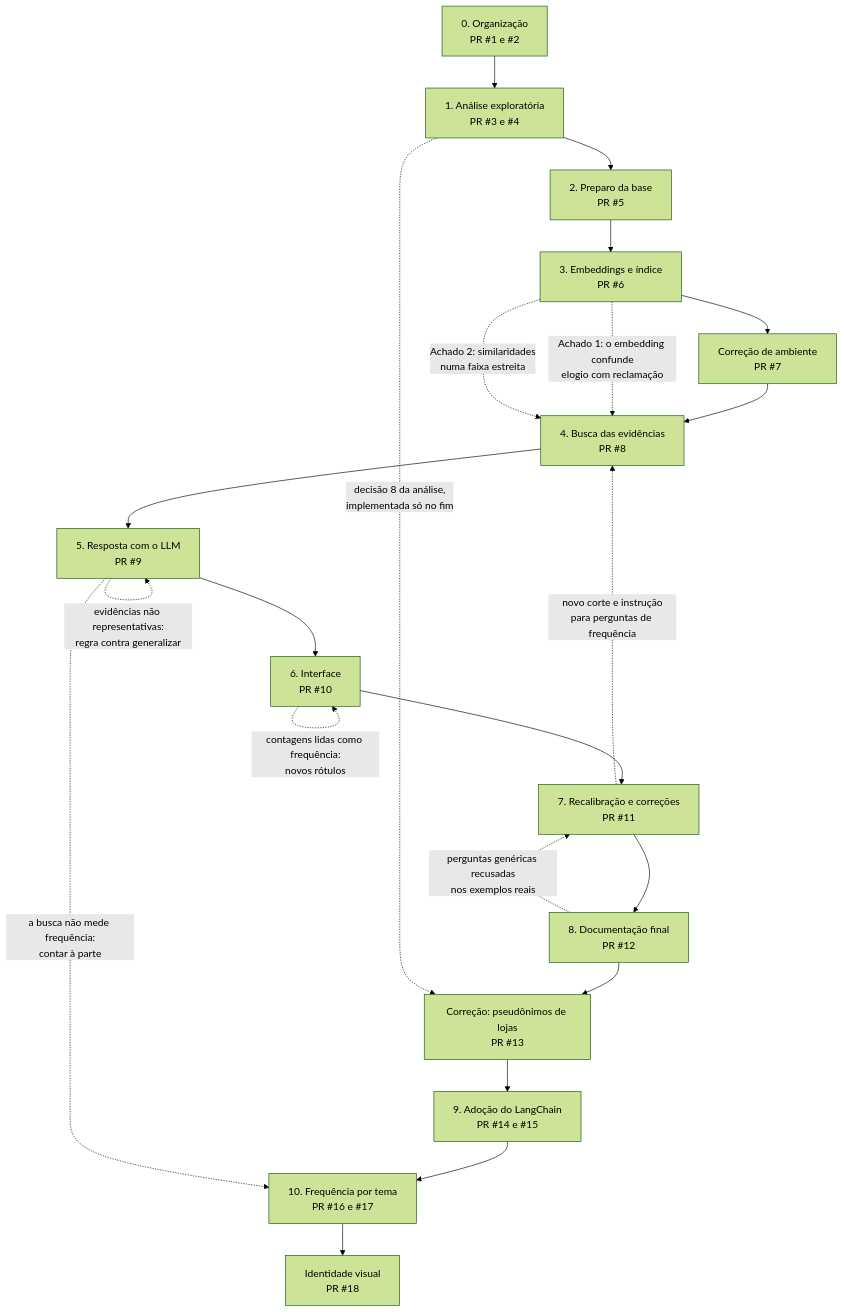
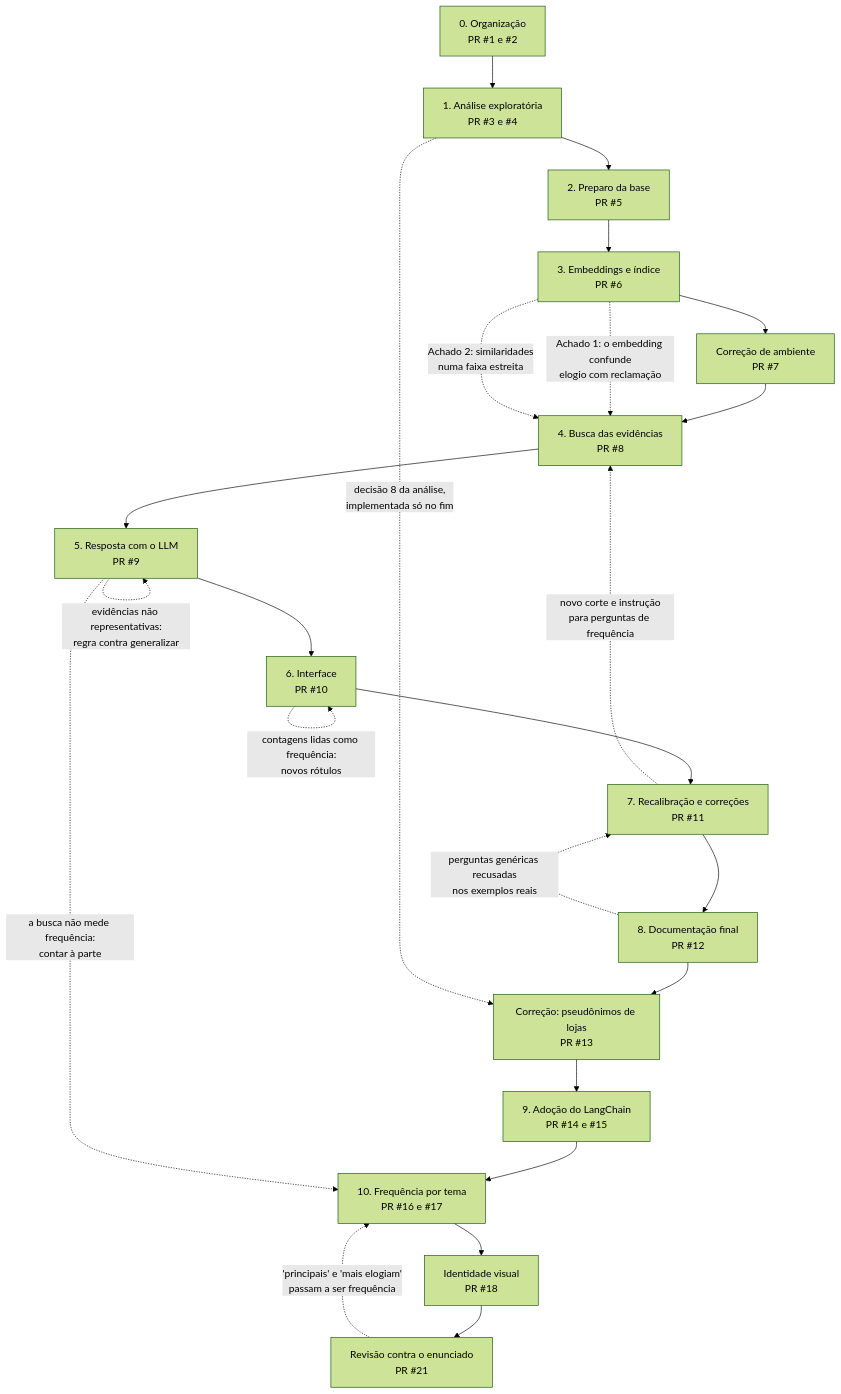
Before and after one commit to Dinaldorc/tech-challenge-fase4: the diagram in docs/processo.md, drawn with Mermaid (forest theme). The commit also changed other lines of this file and 6 other files, not shown here.

````diff
--- a/docs/processo.md
+++ b/docs/processo.md
@@ -16,25 +16,27 @@
 ```mermaid
 flowchart TD
     E0["0. Organização<br/>PR #1 e #2"] --> E1["1. Análise exploratória<br/>PR #3 e #4"]
     E1 --> E2["2. Preparo da base<br/>PR #5"]
     E2 --> E3["3. Embeddings e índice<br/>PR #6"]
     E3 --> E3b["Correção de ambiente<br/>PR #7"]
     E3b --> E4["4. Busca das evidências<br/>PR #8"]
     E4 --> E5["5. Resposta com o LLM<br/>PR #9"]
     E5 --> E6["6. Interface<br/>PR #10"]
     E6 --> E7["7. Recalibração e correções<br/>PR #11"]
     E7 --> E8["8. Documentação final<br/>PR #12"]
     E8 --> E9["Correção: pseudônimos de lojas<br/>PR #13"]
     E9 --> E10["9. Adoção do LangChain<br/>PR #14 e #15"]
     E10 --> E11["10. Frequência por tema<br/>PR #16 e #17"]
     E11 --> E12["Identidade visual<br/>PR #18"]
+    E12 --> E13["Revisão contra o enunciado<br/>PR #21"]
+    E13 -.->|"'principais' e 'mais elogiam'<br/>passam a ser frequência"| E11
     E5 -.->|"a busca não mede frequência:<br/>contar à parte"| E11
 
     E3 -.->|"Achado 1: o embedding confunde<br/>elogio com reclamação"| E4
     E3 -.->|"Achado 2: similaridades<br/>numa faixa estreita"| E4
     E5 -.->|"evidências não representativas:<br/>regra contra generalizar"| E5
     E6 -.->|"contagens lidas como frequência:<br/>novos rótulos"| E6
     E8 -.->|"perguntas genéricas recusadas<br/>nos exemplos reais"| E7
     E7 -.->|"novo corte e instrução<br/>para perguntas de frequência"| E4
     E1 -.->|"decisão 8 da análise,<br/>implementada só no fim"| E9
 ```
````
